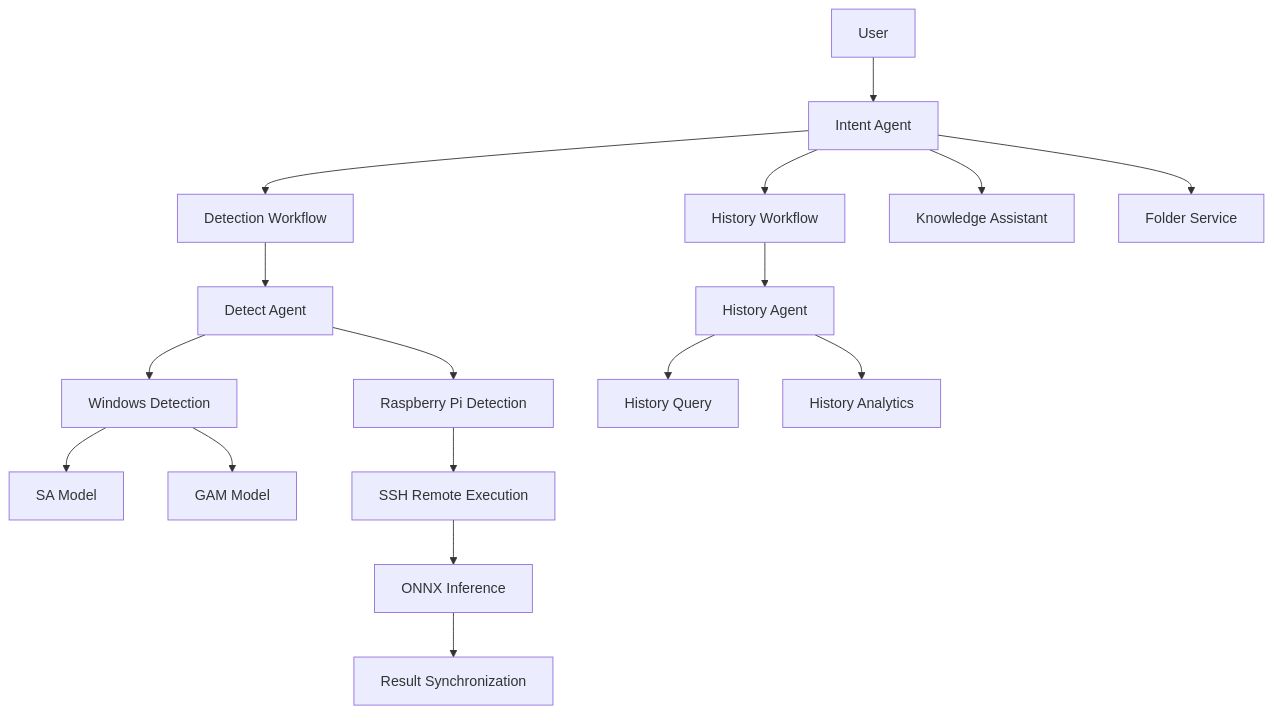
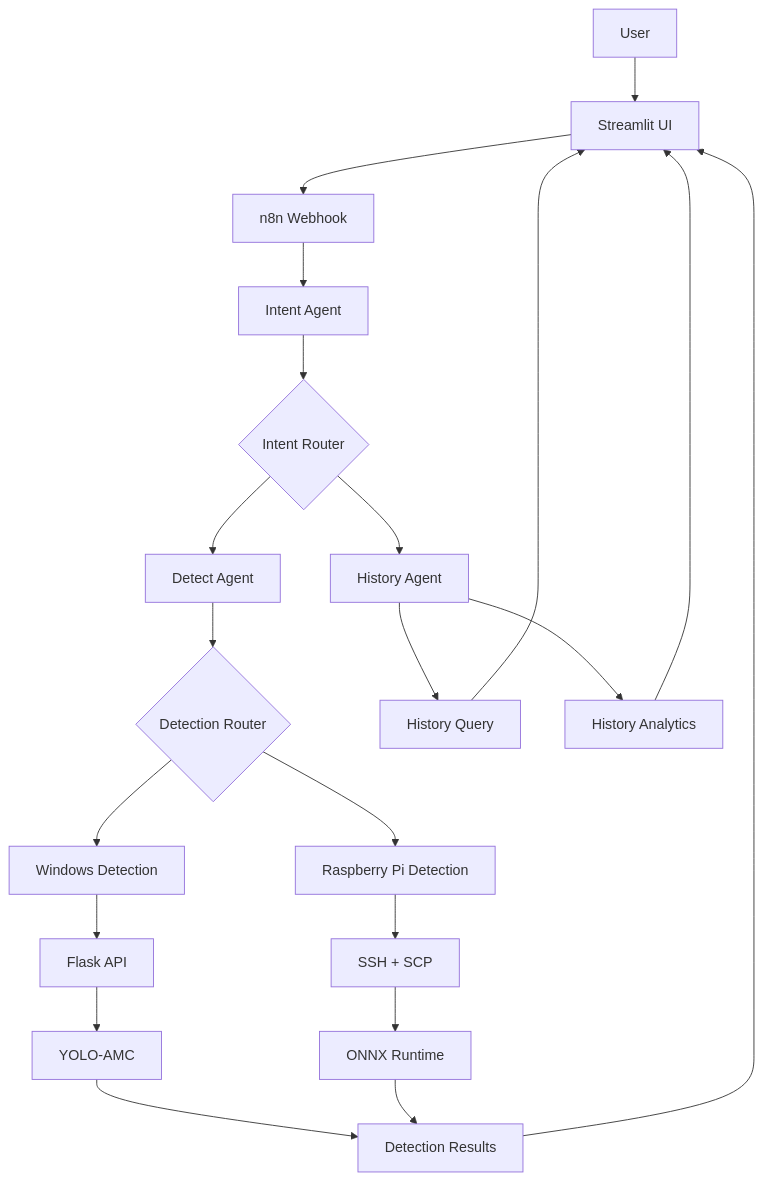
One commit to CY-Tsai24/YOLO-AMC-Agent changed the diagram in README.md. Above: the diagram before and after it, drawn with Mermaid. The commit also changed other lines of this file, not shown here.

````diff
--- a/README.md
+++ b/README.md
@@ -24,29 +142,42 @@
 ```mermaid
 flowchart TD
 
 A[User]
 
-A --> B[Intent Agent]
+A --> B[Streamlit UI]
 
-B --> C[Detection Workflow]
-B --> D[History Workflow]
-B --> E[Knowledge Assistant]
-B --> F[Folder Service]
+B --> C[n8n Webhook]
 
-C --> G[Detect Agent]
+C --> D[Intent Agent]
 
-G --> H[Windows Detection]
-G --> I[Raspberry Pi Detection]
+D --> E{Intent Router}
 
-H --> J[SA Model]
-H --> K[GAM Model]
+E --> F[Detect Agent]
+E --> G[History Agent]
 
-I --> L[SSH Remote Execution]
-L --> M[ONNX Inference]
-M --> N[Result Synchronization]
+F --> H{Detection Router}
 
-D --> O[History Agent]
+H --> I[Windows Detection]
+H --> J[Raspberry Pi Detection]
 
-O --> P[History Query]
-O --> Q[History Analytics]
+I --> K[Flask API]
+J --> L[SSH + SCP]
+
+K --> M[YOLO-AMC]
+
+L --> N[ONNX Runtime]
+
+M --> O[Detection Results]
+
+N --> O
+
+G --> P[History Query]
+
+G --> Q[History Analytics]
+
+O --> B
+
+P --> B
+
+Q --> B
 ```
````
